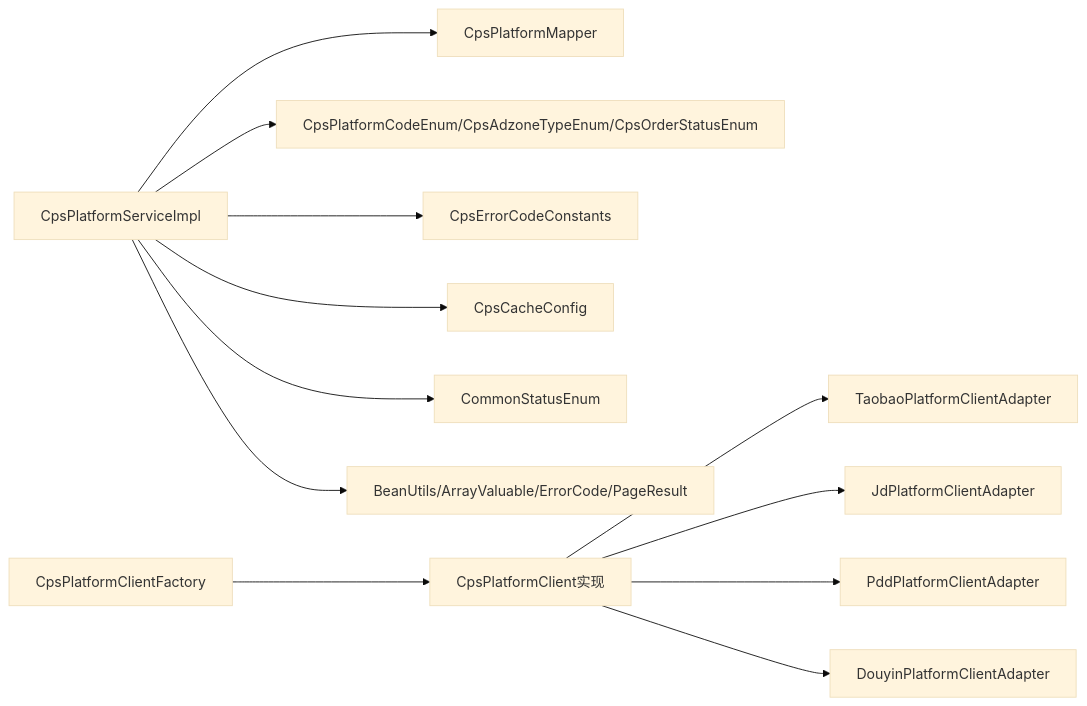
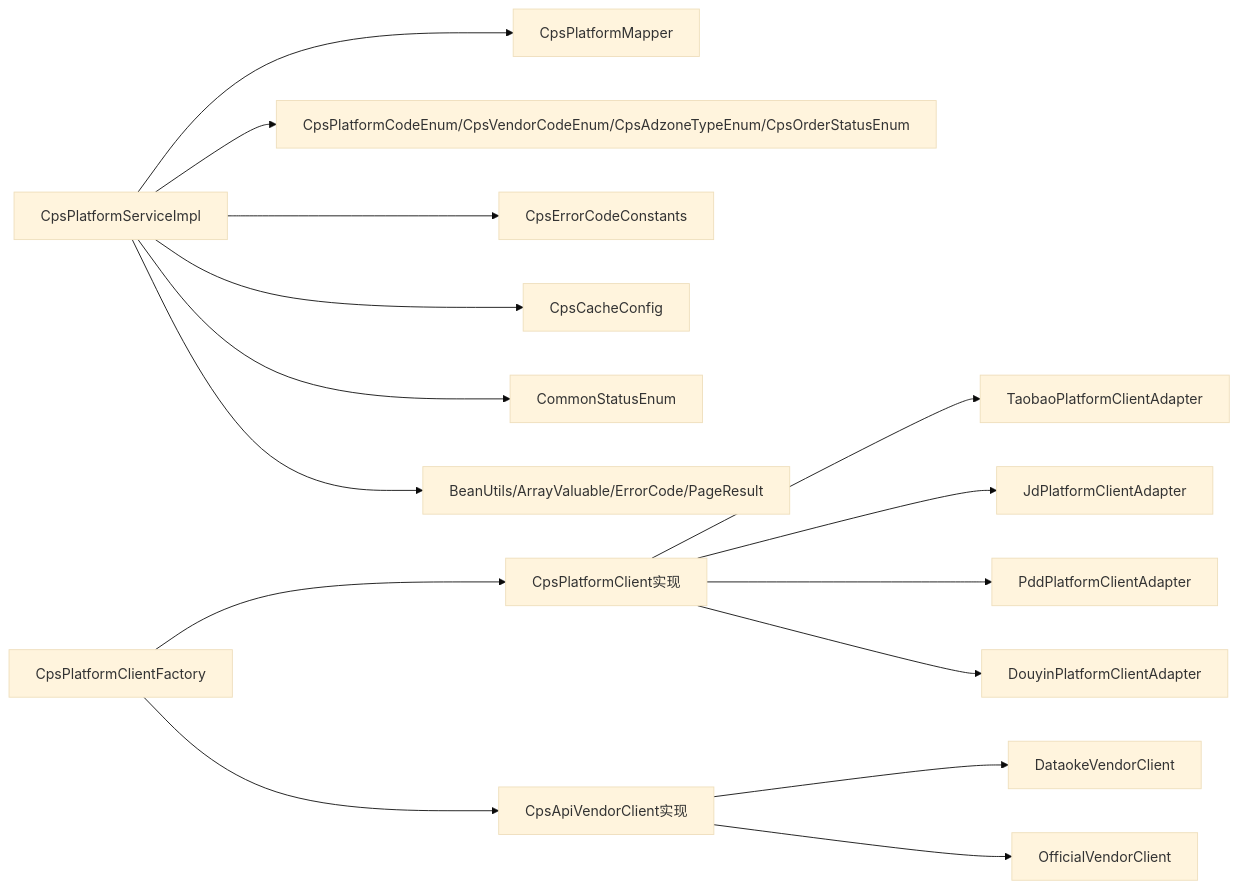
Before and after one commit to zhuangpengLI/AgenticCPS: diagram 13 of 13 in .qoder/repowiki/zh/content/后端服务架构/业务模块概览/CPS业务模块/平台适配器系统.md, drawn with Mermaid (base theme). The commit also changed other lines of this file and 9 other files, not shown here.

````diff
--- a/.qoder/repowiki/zh/content/后端服务架构/业务模块概览/CPS业务模块/平台适配器系统.md
+++ b/.qoder/repowiki/zh/content/后端服务架构/业务模块概览/CPS业务模块/平台适配器系统.md
@@ -557,14 +804,17 @@
 ```mermaid
 graph LR
 Svc["CpsPlatformServiceImpl"] --> Mapper["CpsPlatformMapper"]
-Svc --> Enum["CpsPlatformCodeEnum/CpsAdzoneTypeEnum/CpsOrderStatusEnum"]
+Svc --> Enum["CpsPlatformCodeEnum/CpsVendorCodeEnum/CpsAdzoneTypeEnum/CpsOrderStatusEnum"]
 Svc --> Err["CpsErrorCodeConstants"]
 Svc --> Cache["CpsCacheConfig"]
 Svc --> Status["CommonStatusEnum"]
 Svc --> Utils["BeanUtils/ArrayValuable/ErrorCode/PageResult"]
-Factory["CpsPlatformClientFactory"] --> Client["CpsPlatformClient实现"]
-Client --> Taobao["TaobaoPlatformClientAdapter"]
-Client --> JD["JdPlatformClientAdapter"]
-Client --> PDD["PddPlatformClientAdapter"]
-Client --> DY["DouyinPlatformClientAdapter"]
+Factory["CpsPlatformClientFactory"] --> PlatformClient["CpsPlatformClient实现"]
+Factory --> VendorClient["CpsApiVendorClient实现"]
+PlatformClient --> Taobao["TaobaoPlatformClientAdapter"]
+PlatformClient --> JD["JdPlatformClientAdapter"]
+PlatformClient --> PDD["PddPlatformClientAdapter"]
+PlatformClient --> DY["DouyinPlatformClientAdapter"]
+VendorClient --> DTK["DataokeVendorClient"]
+VendorClient --> OFF["OfficialVendorClient"]
 ```
````
